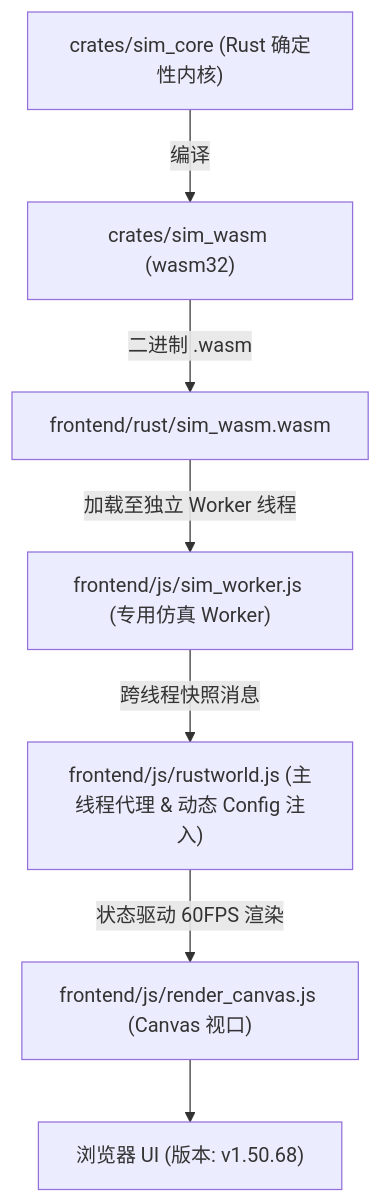
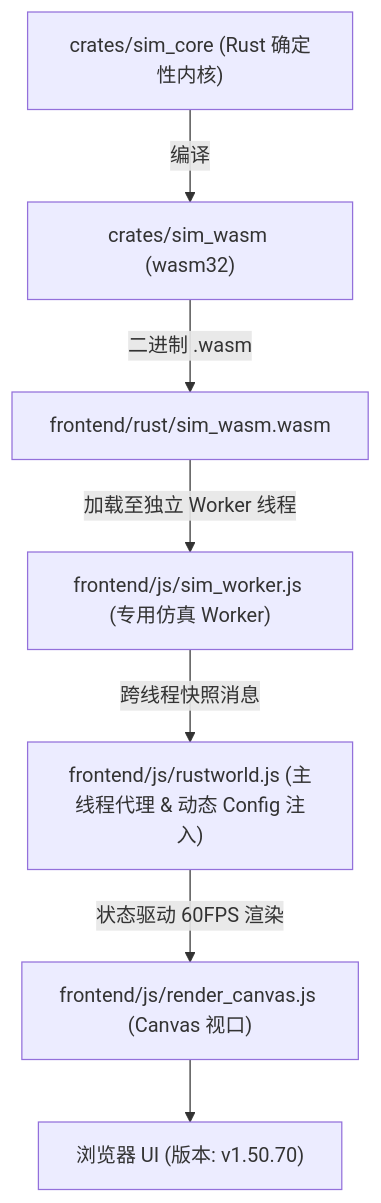
The diagram in AGENTS.md (g39088902/FlowAndAccord), drawn with Mermaid before and after one commit. The commit also changed other lines of this file and 25 other files, not shown here.

First line of the commit message:
feat(geo): 地图分辨率 120→160→256 两连升 + 探针门禁全量重标 + 探针配置缺口修复（v1.50.69+v1.50.70 合并提交）

````diff
--- a/AGENTS.md
+++ b/AGENTS.md
@@ -61,10 +61,10 @@
 ```mermaid
 graph TD
     A["crates/sim_core (Rust 确定性内核)"] -->|编译| B["crates/sim_wasm (wasm32)"]
     B -->|二进制 .wasm| C["frontend/rust/sim_wasm.wasm"]
     C -->|加载至独立 Worker 线程| D["frontend/js/sim_worker.js (专用仿真 Worker)"]
     D -->|跨线程快照消息| E["frontend/js/rustworld.js (主线程代理 & 动态 Config 注入)"]
     E -->|状态驱动 60FPS 渲染| F["frontend/js/render_canvas.js (Canvas 视口)"]
-    F --> G["浏览器 UI (版本: v1.50.68)"]
+    F --> G["浏览器 UI (版本: v1.50.70)"]
 
 ```
````
